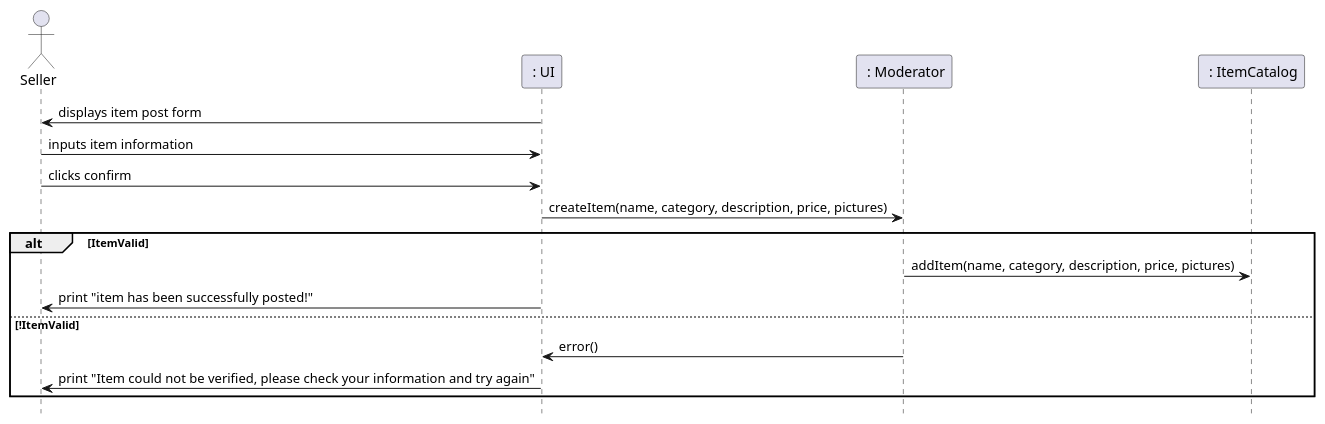
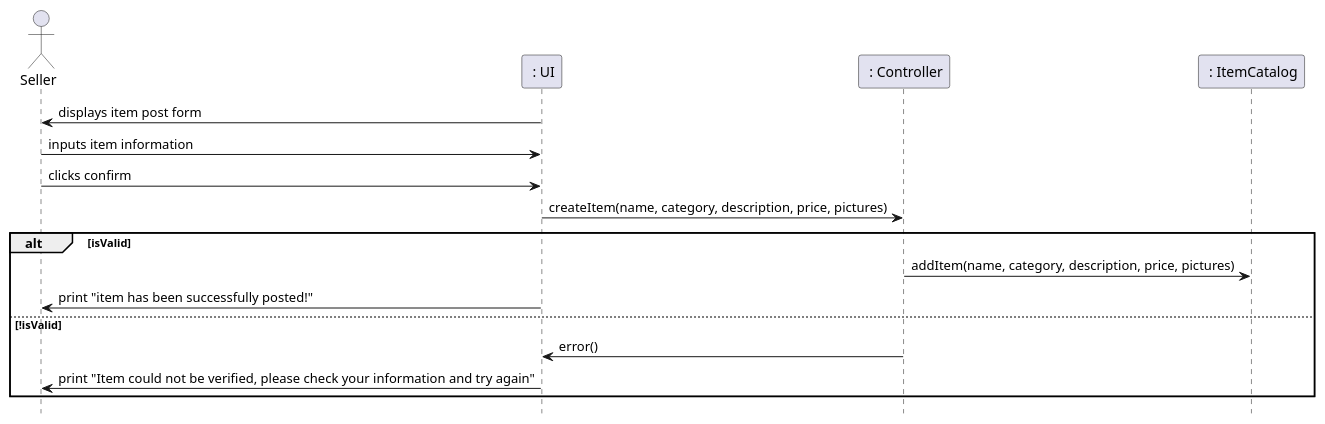
Before and after one commit to remyben-creator/Marketplace-Application: the third of 3 diagrams in Phase2/design.md, drawn with PlantUML. The commit also changed other lines of this file, not shown here.

Commit message:
finalized sequence diagrams and edited design class diagram

````diff
--- a/Phase2/design.md
+++ b/Phase2/design.md
@@ -64,19 +79,19 @@
 ```plantuml
 hide footbox
 actor Seller as seller
 participant " : UI" as ui
-participant " : Moderator" as moderator
+participant " : Controller" as controller
 participant " : ItemCatalog" as itemcatalog
 
 ui -> seller : displays item post form
 seller -> ui : inputs item information
 seller -> ui : clicks confirm
-ui -> moderator : createItem(name, category, description, price, pictures)
-alt ItemValid
- moderator -> itemcatalog : addItem(name, category, description, price, pictures)
+ui -> controller : createItem(name, category, description, price, pictures)
+alt isValid
+ controller -> itemcatalog : addItem(name, category, description, price, pictures)
  ui -> seller : print "item has been successfully posted!"
-else !ItemValid
- moderator -> ui : error()
+else !isValid
+ controller -> ui : error()
  ui -> seller : print "Item could not be verified, please check your information and try again"
 end
 ```
````
